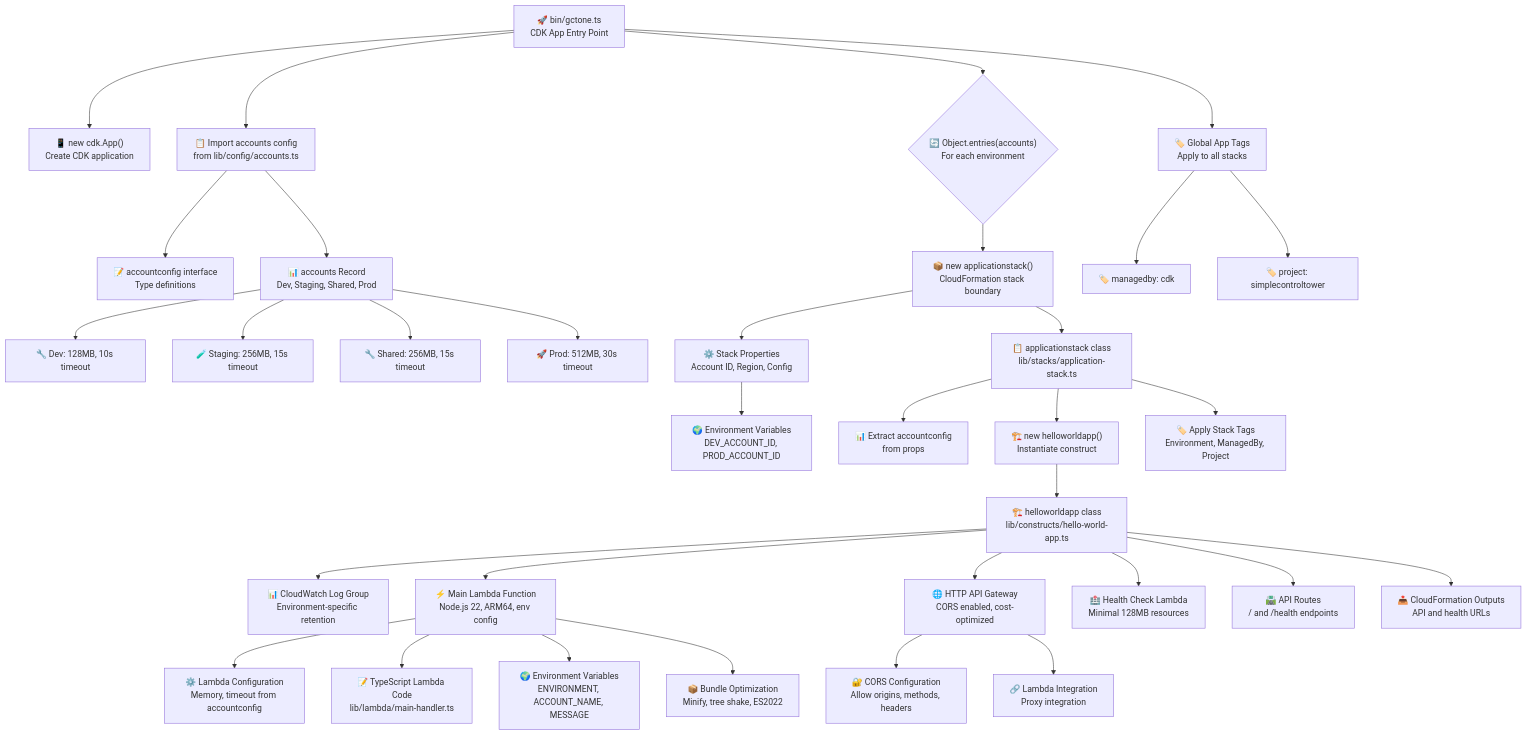
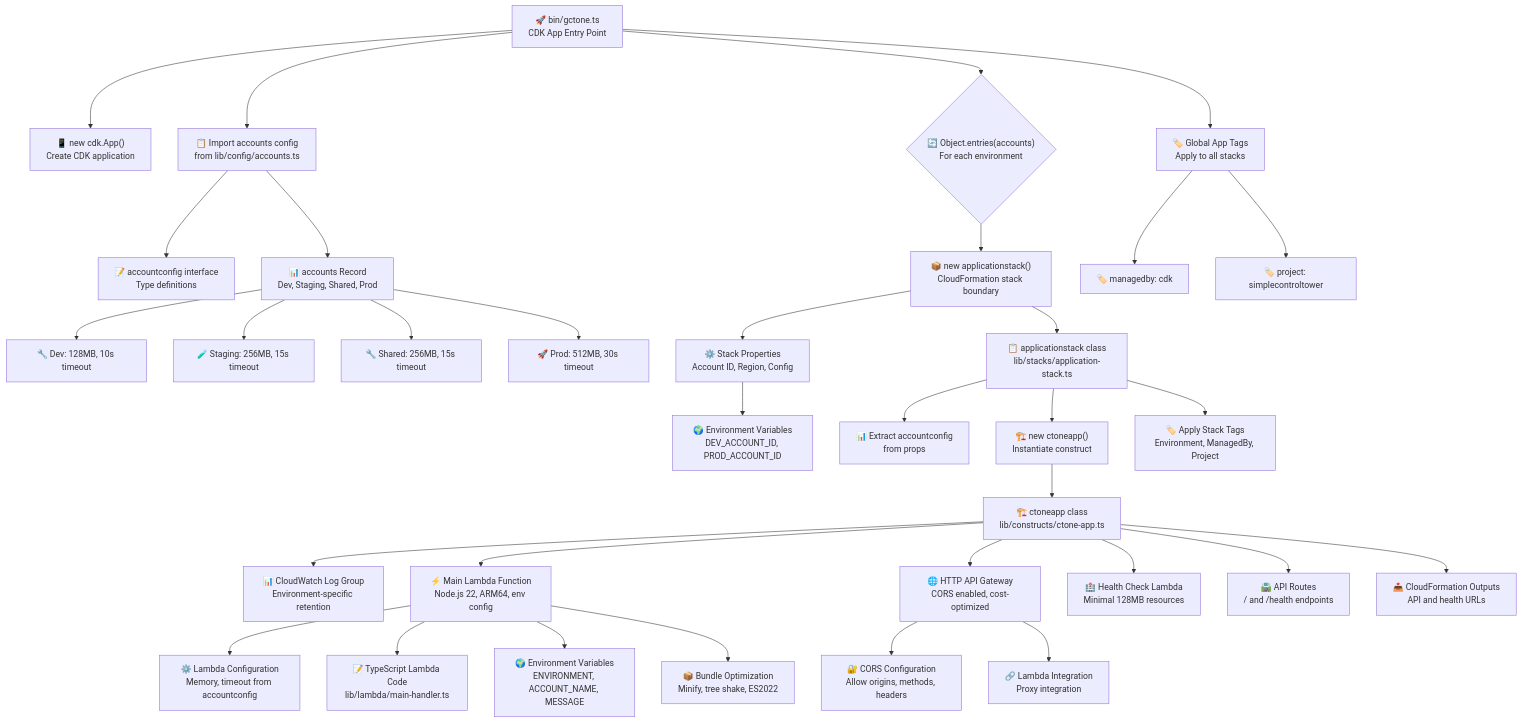
Before and after one commit to robertrahardja/gctone: the ninth of 17 diagrams in docs/automated/APP_FLOW.md, drawn with Mermaid. The commit also changed other lines of this file and 33 other files, not shown here.

````diff
--- a/docs/automated/APP_FLOW.md
+++ b/docs/automated/APP_FLOW.md
@@ -350,46 +350,46 @@
 ```mermaid
 graph TB
     Entry["🚀 bin/gctone.ts<br/>CDK App Entry Point"]
 
     Entry --> CreateApp["📱 new cdk.App()<br/>Create CDK application"]
     Entry --> LoadAccounts["📋 Import accounts config<br/>from lib/config/accounts.ts"]
 
     LoadAccounts --> AccountsInterface["📝 accountconfig interface<br/>Type definitions"]
     LoadAccounts --> AccountsData["📊 accounts Record<br/>Dev, Staging, Shared, Prod"]
     AccountsData --> DevConfig["🔧 Dev: 128MB, 10s timeout"]
     AccountsData --> StagingConfig["🧪 Staging: 256MB, 15s timeout"]
     AccountsData --> SharedConfig["🔧 Shared: 256MB, 15s timeout"]
     AccountsData --> ProdConfig["🚀 Prod: 512MB, 30s timeout"]
 
     Entry --> EnvLoop{"🔄 Object.entries(accounts)<br/>For each environment"}
 
     EnvLoop --> CreateStack["📦 new applicationstack()<br/>CloudFormation stack boundary"]
     CreateStack --> StackProps["⚙️ Stack Properties<br/>Account ID, Region, Config"]
     StackProps --> EnvVars["🌍 Environment Variables<br/>DEV_ACCOUNT_ID, PROD_ACCOUNT_ID"]
 
     CreateStack --> AppStackClass["📋 applicationstack class<br/>lib/stacks/application-stack.ts"]
     AppStackClass --> ExtractConfig["📊 Extract accountconfig<br/>from props"]
-    AppStackClass --> CreateConstruct["🏗️ new helloworldapp()<br/>Instantiate construct"]
+    AppStackClass --> CreateConstruct["🏗️ new ctoneapp()<br/>Instantiate construct"]
     AppStackClass --> ApplyStackTags["🏷️ Apply Stack Tags<br/>Environment, ManagedBy, Project"]
 
-    CreateConstruct --> HelloWorldClass["🏗️ helloworldapp class<br/>lib/constructs/hello-world-app.ts"]
+    CreateConstruct --> CToneClass["🏗️ ctoneapp class<br/>lib/constructs/ctone-app.ts"]
 
-    HelloWorldClass --> CreateLogGroup["📊 CloudWatch Log Group<br/>Environment-specific retention"]
-    HelloWorldClass --> CreateMainLambda["⚡ Main Lambda Function<br/>Node.js 22, ARM64, env config"]
-    HelloWorldClass --> CreateAPI["🌐 HTTP API Gateway<br/>CORS enabled, cost-optimized"]
-    HelloWorldClass --> CreateHealthLambda["🏥 Health Check Lambda<br/>Minimal 128MB resources"]
-    HelloWorldClass --> CreateRoutes["🛣️ API Routes<br/>/ and /health endpoints"]
-    HelloWorldClass --> CreateOutputs["📤 CloudFormation Outputs<br/>API and health URLs"]
+    CToneClass --> CreateLogGroup["📊 CloudWatch Log Group<br/>Environment-specific retention"]
+    CToneClass --> CreateMainLambda["⚡ Main Lambda Function<br/>Node.js 22, ARM64, env config"]
+    CToneClass --> CreateAPI["🌐 HTTP API Gateway<br/>CORS enabled, cost-optimized"]
+    CToneClass --> CreateHealthLambda["🏥 Health Check Lambda<br/>Minimal 128MB resources"]
+    CToneClass --> CreateRoutes["🛣️ API Routes<br/>/ and /health endpoints"]
+    CToneClass --> CreateOutputs["📤 CloudFormation Outputs<br/>API and health URLs"]
 
     CreateMainLambda --> LambdaConfig["⚙️ Lambda Configuration<br/>Memory, timeout from accountconfig"]
     CreateMainLambda --> LambdaCode["📝 TypeScript Lambda Code<br/>lib/lambda/main-handler.ts"]
     CreateMainLambda --> EnvVariables["🌍 Environment Variables<br/>ENVIRONMENT, ACCOUNT_NAME, MESSAGE"]
     CreateMainLambda --> BundleConfig["📦 Bundle Optimization<br/>Minify, tree shake, ES2022"]
 
     CreateAPI --> CORSConfig["🔐 CORS Configuration<br/>Allow origins, methods, headers"]
     CreateAPI --> HTTPIntegration["🔗 Lambda Integration<br/>Proxy integration"]
 
     Entry --> GlobalTags["🏷️ Global App Tags<br/>Apply to all stacks"]
     GlobalTags --> ManagedByTag["🏷️ managedby: cdk"]
     GlobalTags --> ProjectTag["🏷️ project: simplecontroltower"]
 ```
````
